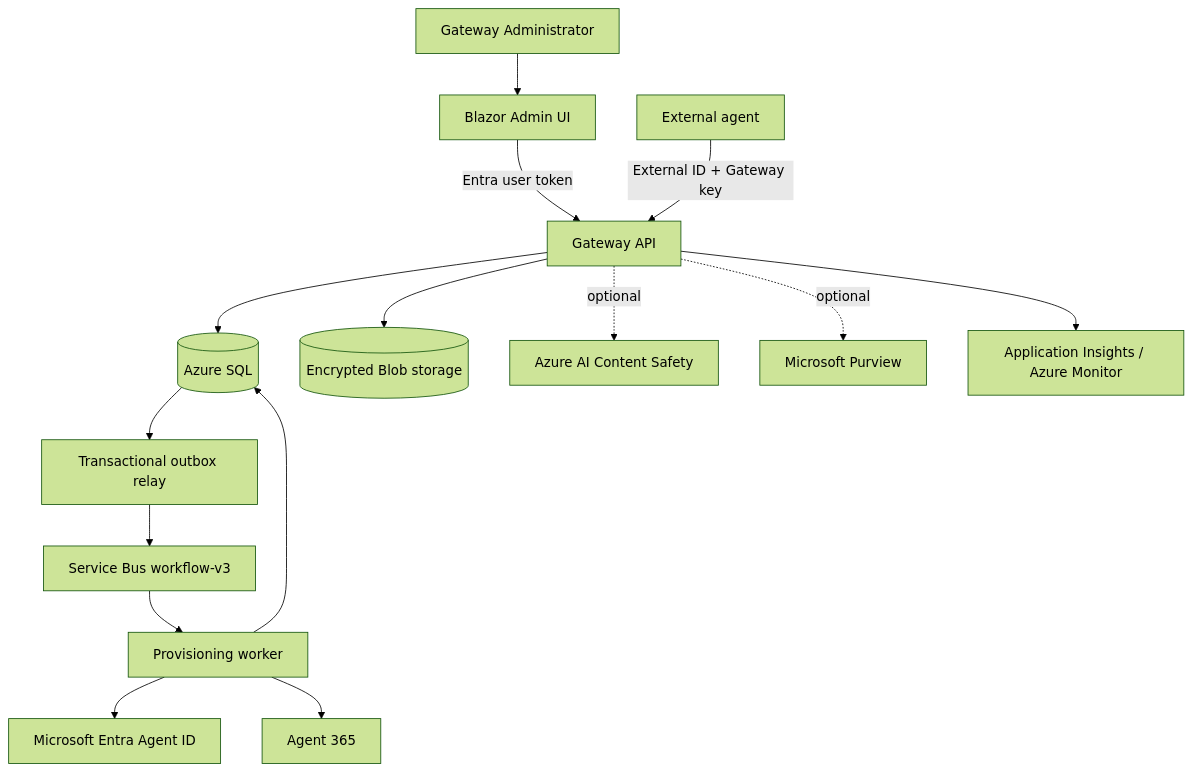
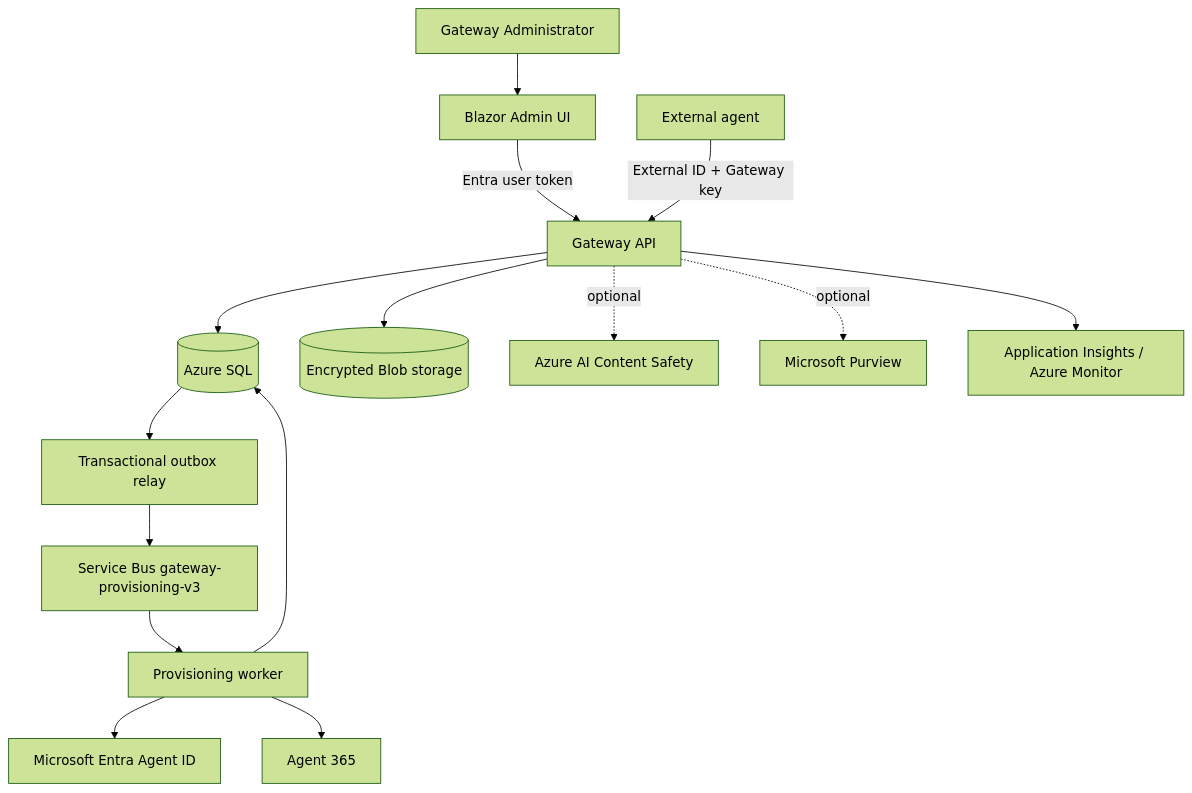
One commit to patrick-shim/a365-custom-gateway changed the second of 2 diagrams in README.md. Above: the diagram before and after it, drawn with Mermaid (forest theme). The commit also changed other lines of this file and 44 other files, not shown here.

````diff
--- a/README.md
+++ b/README.md
@@ -172,17 +180,17 @@
 ```mermaid
 flowchart TB
     admin[Gateway Administrator] --> ui[Blazor Admin UI]
     ui -->|Entra user token| api[Gateway API]
     client[External agent] -->|External ID + Gateway key| api
     api --> sql[(Azure SQL)]
     api --> blob[(Encrypted Blob storage)]
     sql --> relay[Transactional outbox relay]
-    relay --> bus[Service Bus workflow-v3]
+    relay --> bus[Service Bus gateway-provisioning-v3]
     bus --> worker[Provisioning worker]
     worker --> sql
     worker --> entra[Microsoft Entra Agent ID]
     worker --> a365[Agent 365]
     api -. optional .-> shield[Azure AI Content Safety]
     api -. optional .-> purview[Microsoft Purview]
     api --> monitor[Application Insights / Azure Monitor]
 ```
````
